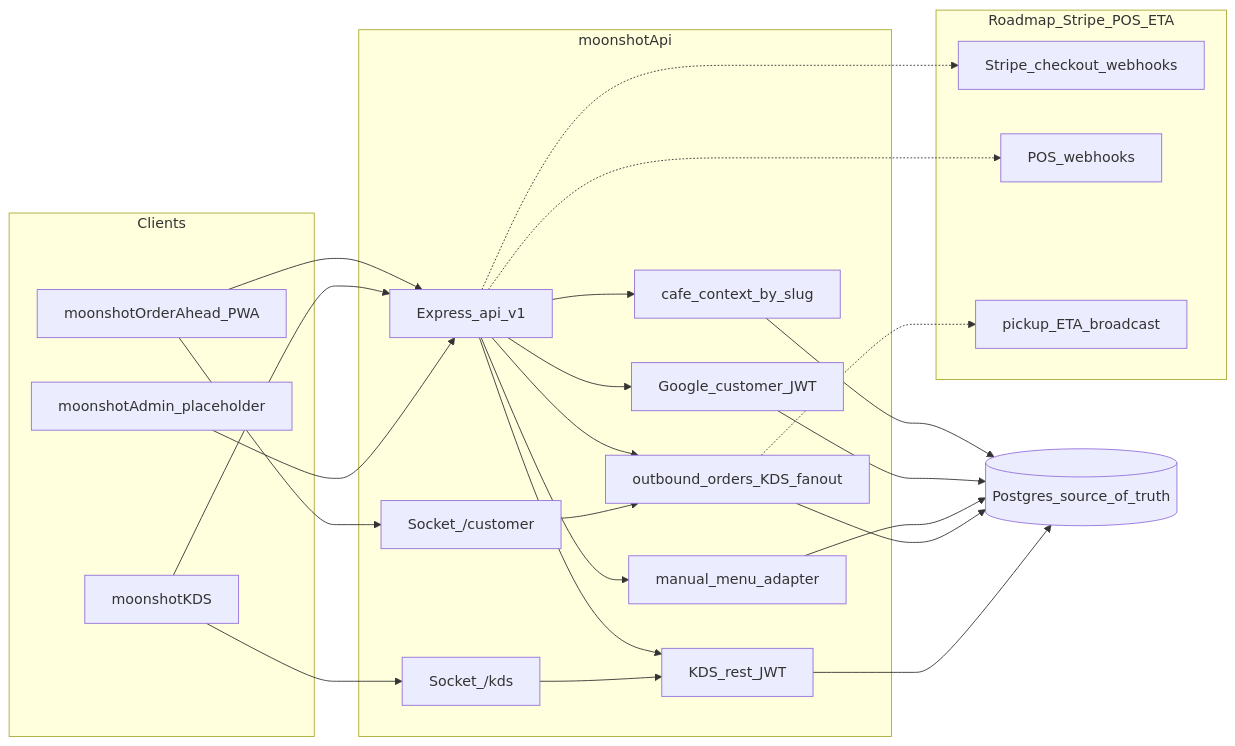
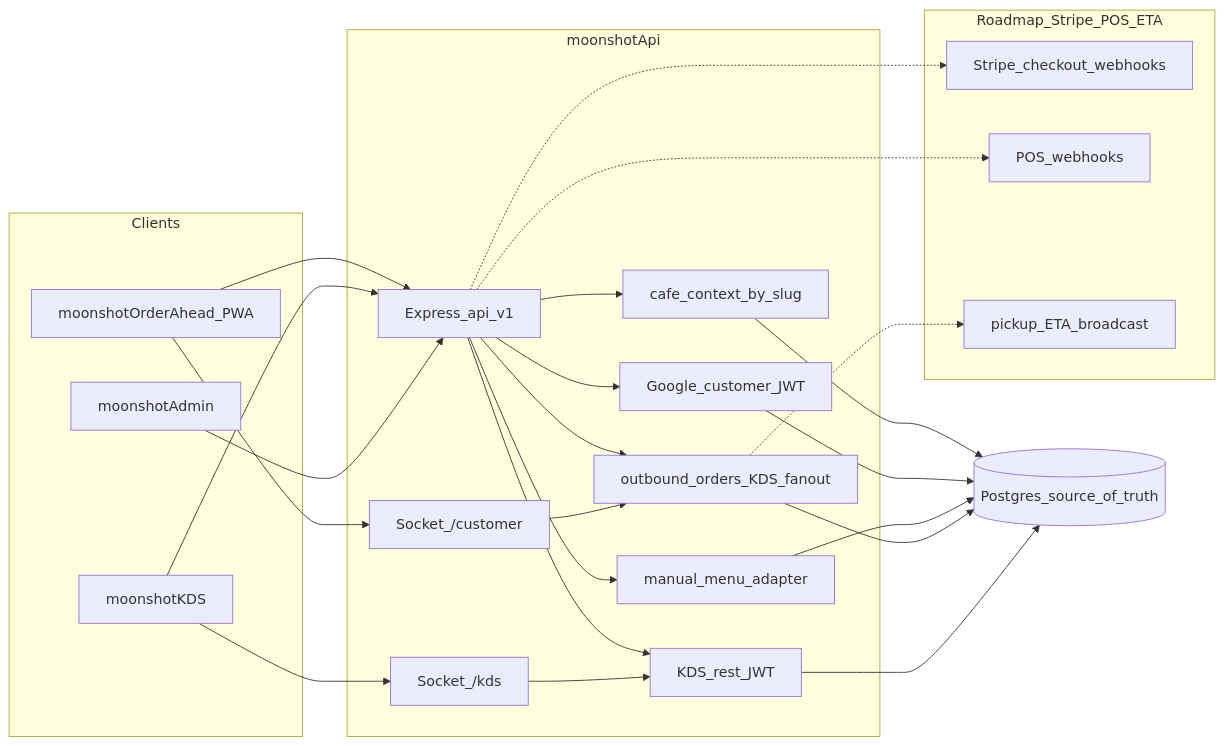
The diagram in docs/dataflow-high-level.md (SeanIntegrator/moonshot), drawn with Mermaid before and after one commit. The commit also changed other lines of this file and 48 other files, not shown here.

````diff
--- a/docs/dataflow-high-level.md
+++ b/docs/dataflow-high-level.md
@@ -9,50 +9,50 @@
 ```mermaid
 flowchart LR
   subgraph clients [Clients]
     OA[moonshotOrderAhead_PWA]
     KDS[moonshotKDS]
-    Admin[moonshotAdmin_placeholder]
+    Admin[moonshotAdmin]
   end
 
   subgraph api [moonshotApi]
     Gateway[Express_api_v1]
     CafeContext[cafe_context_by_slug]
     Auth[Google_customer_JWT]
     Menu[manual_menu_adapter]
     Orders[outbound_orders_KDS_fanout]
     KdsRoutes[KDS_rest_JWT]
     IoKds["Socket_/kds"]
     IoCust["Socket_/customer"]
   end
 
   subgraph plannedFlows [Roadmap_Stripe_POS_ETA]
     Stripe[Stripe_checkout_webhooks]
     PosWebhooks[POS_webhooks]
     EtaPickup[pickup_ETA_broadcast]
   end
 
   DB[("Postgres_source_of_truth")]
 
   OA --> Gateway
   KDS --> Gateway
   KDS --> IoKds
   OA --> IoCust
   Admin --> Gateway
 
   Gateway --> CafeContext
   Gateway --> Auth
   Gateway --> Menu
   Gateway --> Orders
   Gateway --> KdsRoutes
   CafeContext --> DB
   Auth --> DB
   Menu --> DB
   Orders --> DB
   KdsRoutes --> DB
   IoKds --> KdsRoutes
   IoCust --> Orders
 
   Gateway -.-> Stripe
   Gateway -.-> PosWebhooks
   Orders -.-> EtaPickup
 ```
````
